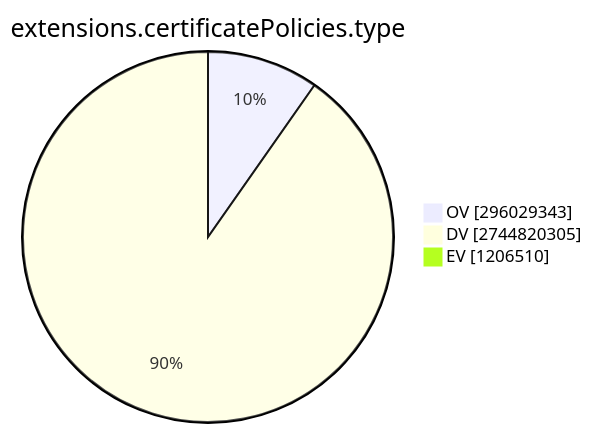
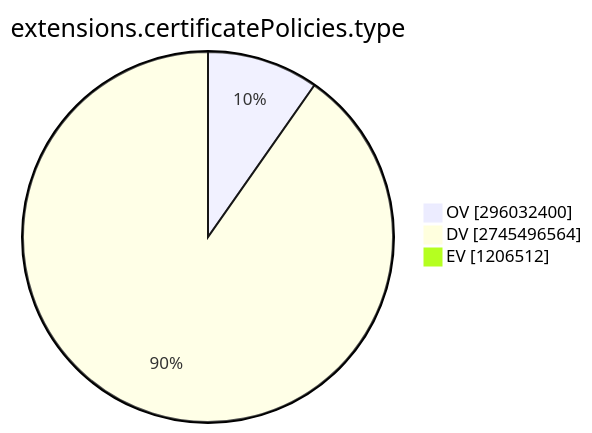
Before and after one commit to christiankrug/ctmonitor_visualization: the ninth of 15 diagrams in TOTAL/README.md, drawn with Mermaid. The commit also changed other lines of this file, not shown here.

````diff
--- a/TOTAL/README.md
+++ b/TOTAL/README.md
@@ -3098,7 +3098,7 @@
 ```mermaid
 pie showData
 title extensions.certificatePolicies.type
-"OV" :296029343
-"DV" :2744820305
-"EV" :1206510
+"OV" :296032400
+"DV" :2745496564
+"EV" :1206512
 ```
````
